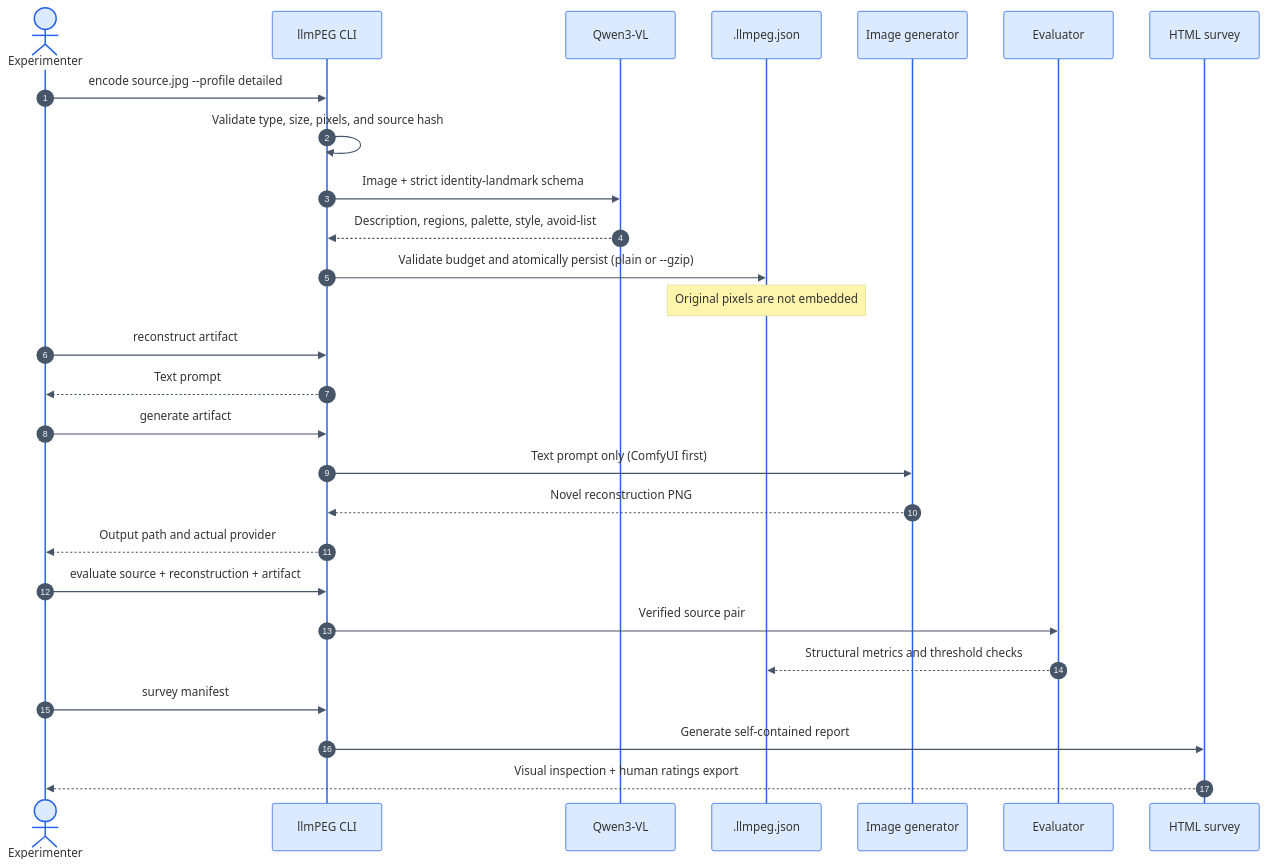
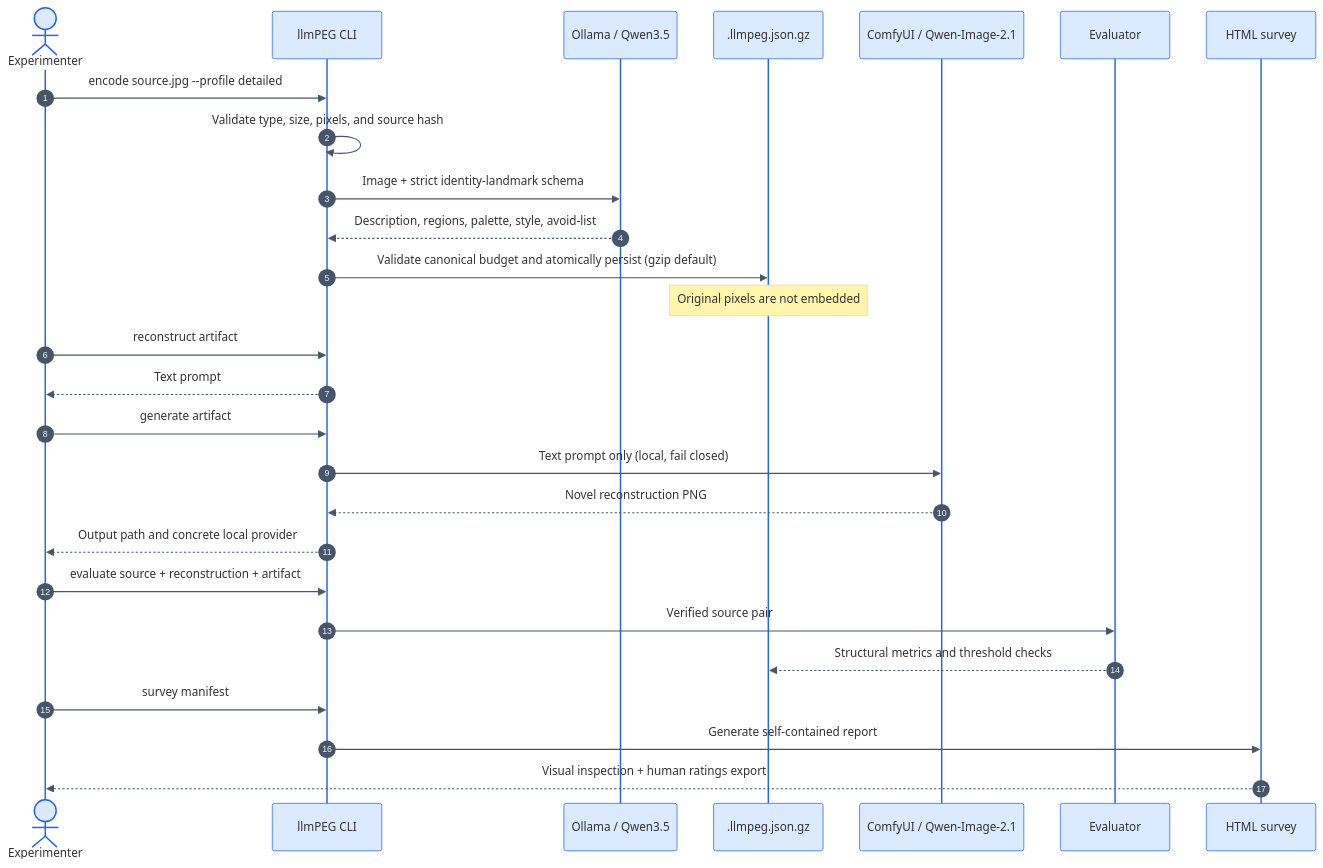
The fourth of 4 diagrams in docs/architecture.md (marcelpetrick/llmPEG), drawn with Mermaid before and after one commit. The commit also changed other lines of this file and 5 other files, not shown here.

Commit message:
docs(codec): document local qwen validation

````diff
--- a/docs/architecture.md
+++ b/docs/architecture.md
@@ -132,31 +137,31 @@
 ```mermaid
 %%{init: {"theme":"base","themeVariables":{"fontFamily":"Inter, ui-sans-serif, system-ui","actorBkg":"#DBEAFE","actorBorder":"#2563EB","signalColor":"#475569","activationBkgColor":"#FFF7D6","activationBorderColor":"#D97706"}}}%%
 sequenceDiagram
   autonumber
   actor U as Experimenter
   participant C as llmPEG CLI
-  participant V as Qwen3-VL
-  participant A as .llmpeg.json
-  participant G as Image generator
+  participant V as Ollama / Qwen3.5
+  participant A as .llmpeg.json.gz
+  participant G as ComfyUI / Qwen-Image-2.1
   participant E as Evaluator
   participant H as HTML survey
 
   U->>C: encode source.jpg --profile detailed
   C->>C: Validate type, size, pixels, and source hash
   C->>V: Image + strict identity-landmark schema
   V-->>C: Description, regions, palette, style, avoid-list
-  C->>A: Validate budget and atomically persist (plain or --gzip)
+  C->>A: Validate canonical budget and atomically persist (gzip default)
   Note over A: Original pixels are not embedded
   U->>C: reconstruct artifact
   C-->>U: Text prompt
   U->>C: generate artifact
-  C->>G: Text prompt only (ComfyUI first)
+  C->>G: Text prompt only (local, fail closed)
   G-->>C: Novel reconstruction PNG
-  C-->>U: Output path and actual provider
+  C-->>U: Output path and concrete local provider
   U->>C: evaluate source + reconstruction + artifact
   C->>E: Verified source pair
   E-->>A: Structural metrics and threshold checks
   U->>C: survey manifest
   C->>H: Generate self-contained report
   H-->>U: Visual inspection + human ratings export
 ```
````
